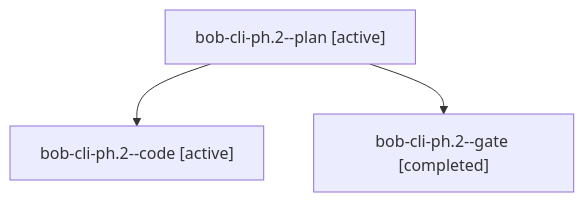
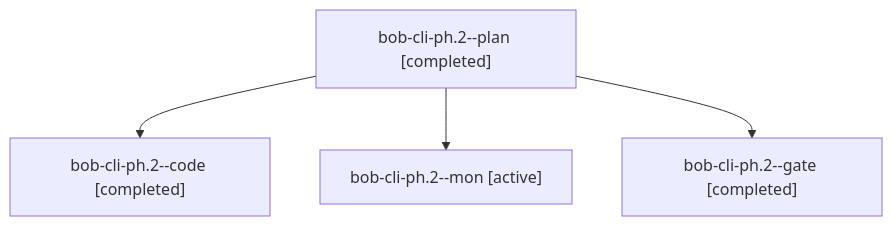
One commit to bobs-org/bob-cli--agents changed the diagram in sessions/bbugyi200.apollo.bob-cli-ph.2.md. Above: the diagram before and after it, drawn with Mermaid. The commit also changed other lines of this file and 59 other files, not shown here.

````diff
--- a/sessions/bbugyi200.apollo.bob-cli-ph.2.md
+++ b/sessions/bbugyi200.apollo.bob-cli-ph.2.md
@@ -9,8 +9,10 @@
 ```mermaid
 flowchart TD
-  n0["bob-cli-ph.2--plan [active]"]
-  n1["bob-cli-ph.2--code [active]"]
+  n0["bob-cli-ph.2--plan [completed]"]
+  n1["bob-cli-ph.2--code [completed]"]
   n0 --> n1
-  n2["bob-cli-ph.2--gate [completed]"]
+  n2["bob-cli-ph.2--mon [active]"]
   n0 --> n2
+  n3["bob-cli-ph.2--gate [completed]"]
+  n0 --> n3
 ```
````
